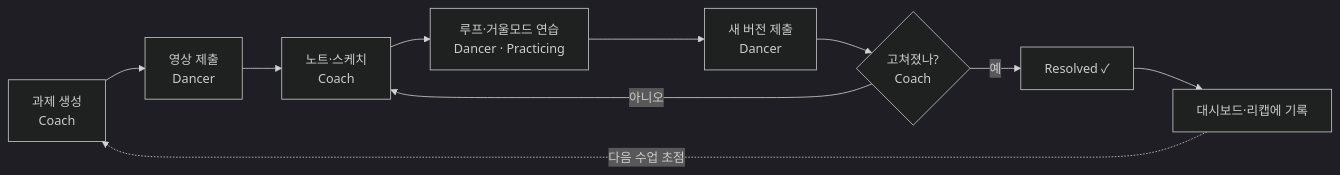
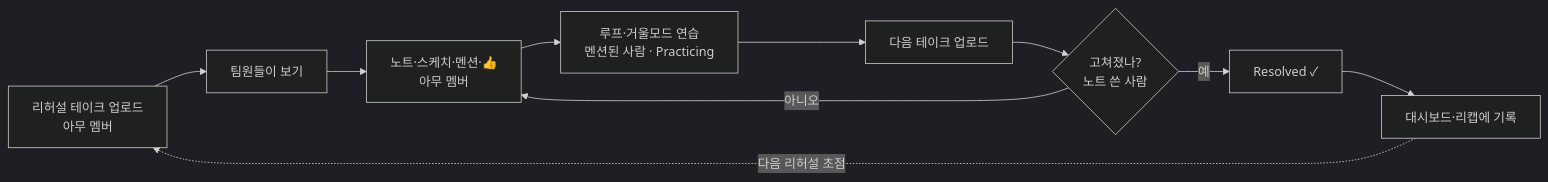
Before and after one commit to hope13710/dancerly: the second of 8 diagrams in docs/02-service-structure.md, drawn with Mermaid (dark theme). The commit also changed other lines of this file and 13 other files, not shown here.

````diff
--- a/docs/02-service-structure.md
+++ b/docs/02-service-structure.md
@@ -32,12 +32,12 @@
 ```mermaid
 flowchart LR
-  A[과제 생성<br/>Coach] --> B[영상 제출<br/>Dancer]
-  B --> C[노트·스케치<br/>Coach]
-  C --> D[루프·거울모드 연습<br/>Dancer · Practicing]
-  D --> E[새 버전 제출<br/>Dancer]
-  E --> F{고쳐졌나?<br/>Coach}
+  A[리허설 테이크 업로드<br/>아무 멤버] --> B[팀원들이 보기]
+  B --> C[노트·스케치·멘션·👍<br/>아무 멤버]
+  C --> D[루프·거울모드 연습<br/>멘션된 사람 · Practicing]
+  D --> E[다음 테이크 업로드]
+  E --> F{고쳐졌나?<br/>노트 쓴 사람}
   F -- 예 --> G[Resolved ✓]
   F -- 아니오 --> C
   G --> H[대시보드·리캡에 기록]
-  H -. 다음 수업 초점 .-> A
+  H -. 다음 리허설 초점 .-> A
 ```
````
